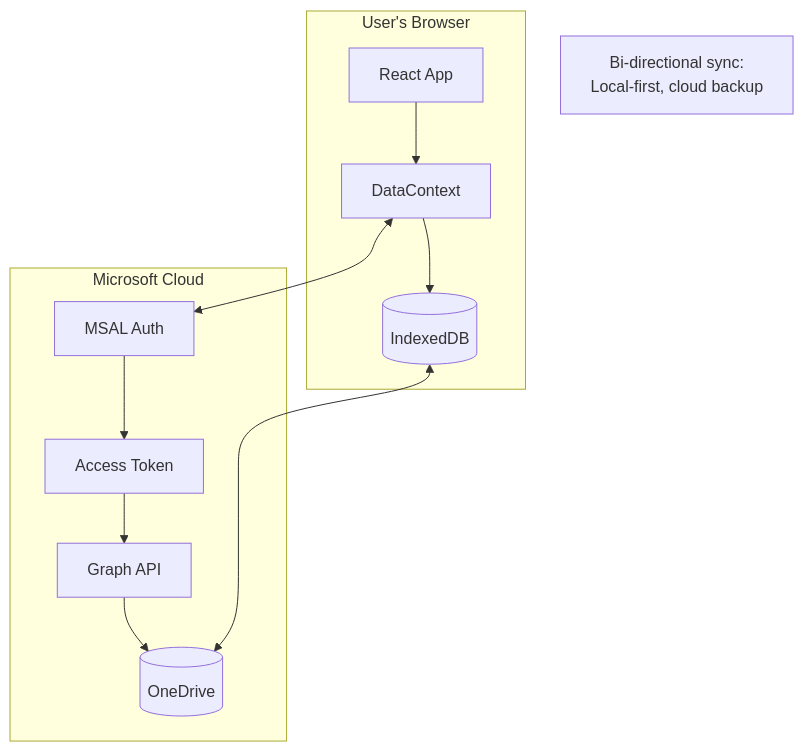
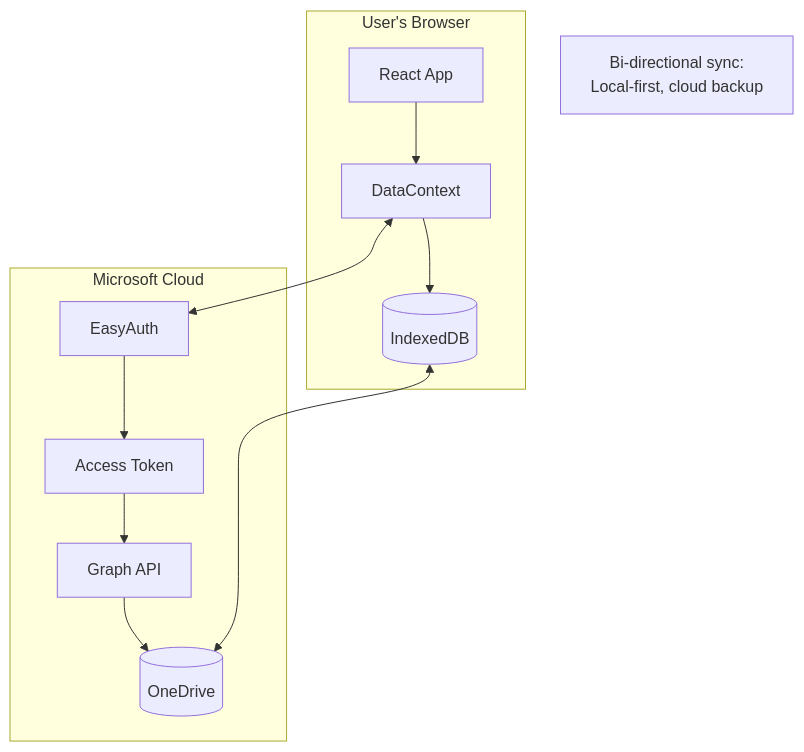
The ninth of 11 diagrams in docs/05-technical/architecture/data-flow.md (jukka-matti/variscout), drawn with Mermaid before and after one commit. The commit also changed 28 other files, not shown here.

````diff
--- a/docs/05-technical/architecture/data-flow.md
+++ b/docs/05-technical/architecture/data-flow.md
@@ -237,18 +237,18 @@
 ```mermaid
 flowchart TB
     subgraph Browser["User's Browser"]
         A[React App] --> B[DataContext]
         B --> C[(IndexedDB)]
     end
 
     subgraph Cloud["Microsoft Cloud"]
-        D[MSAL Auth] --> E[Access Token]
+        D[EasyAuth] --> E[Access Token]
         E --> F[Graph API]
         F --> G[(OneDrive)]
     end
 
     B <--> D
     C <--> G
 
     note1[Bi-directional sync:<br/>Local-first, cloud backup]
 ```
````
